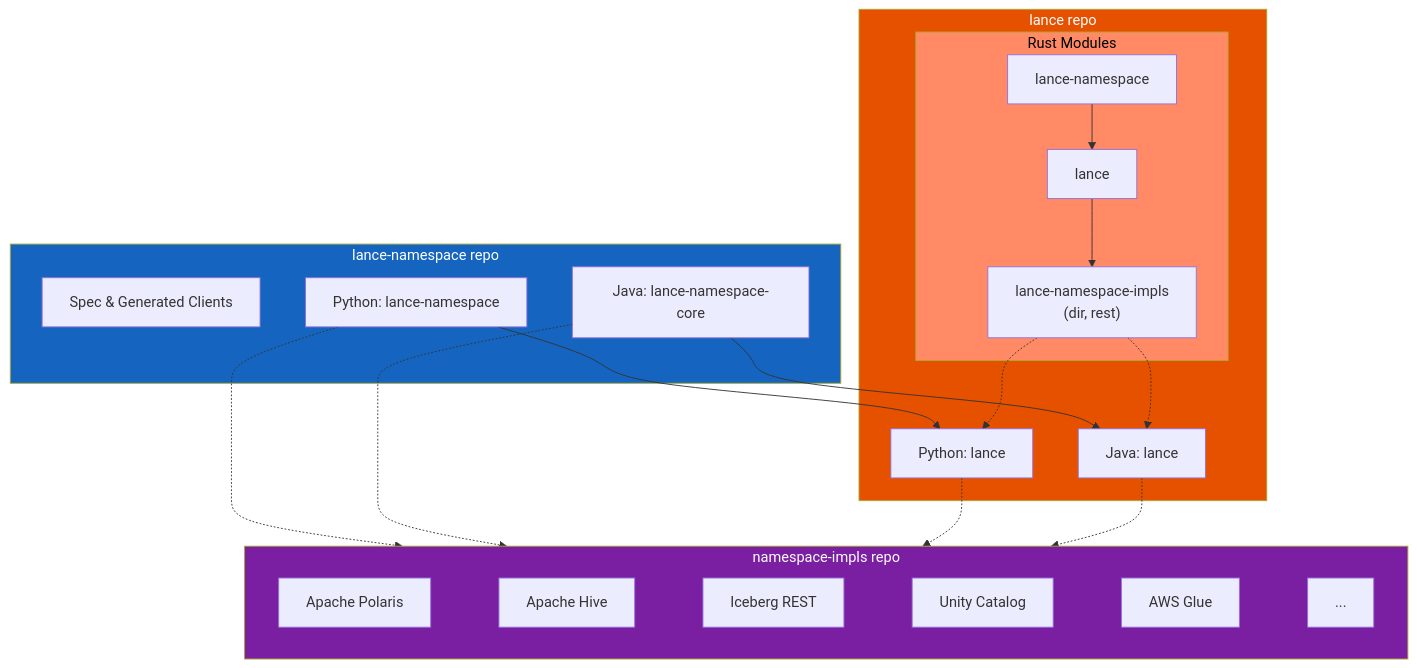
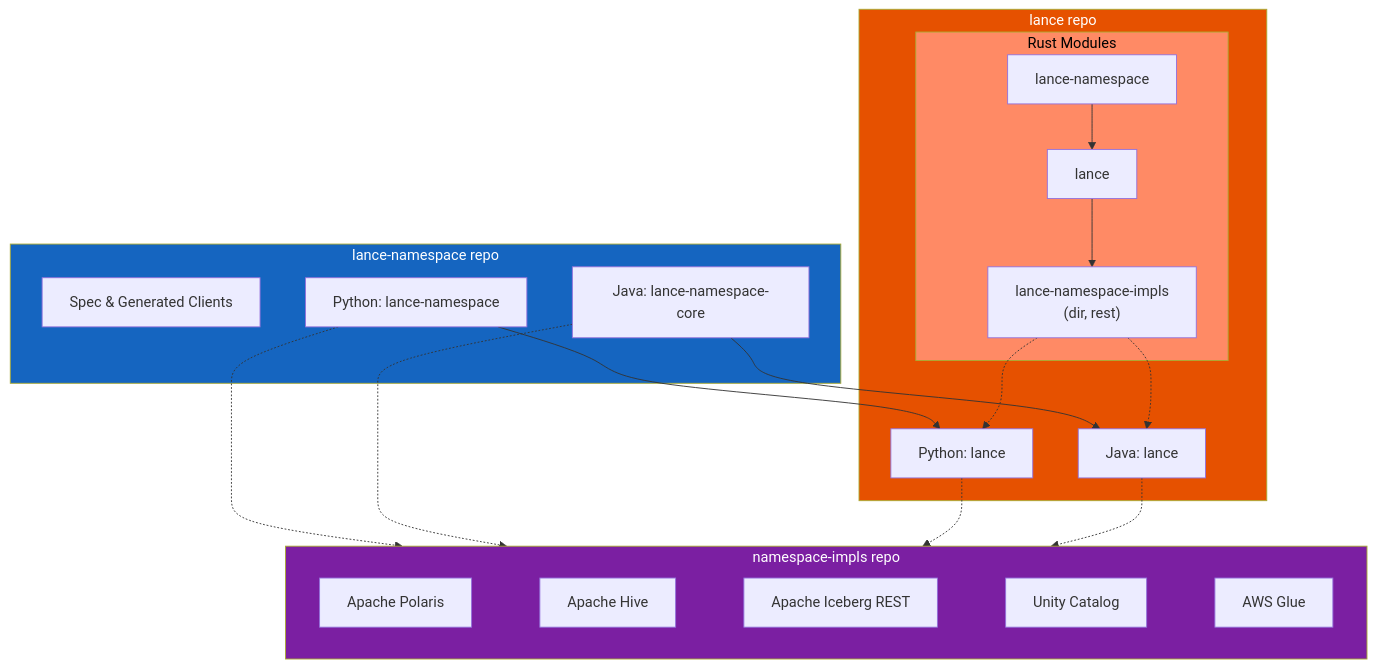
The diagram in CONTRIBUTING.md (lancedb/lance-namespace), drawn with Mermaid before and after one commit.

````diff
--- a/CONTRIBUTING.md
+++ b/CONTRIBUTING.md
@@ -52,43 +52,43 @@
 ```mermaid
 flowchart TB
     subgraph this_repo["lance-namespace repo"]
         spec["Spec & Generated Clients"]
         py_core["Python: lance-namespace"]
         java_core["Java: lance-namespace-core"]
     end
 
     subgraph lance_repo["lance repo"]
         subgraph rust_modules["Rust Modules"]
             rs_ns["lance-namespace"]
             rs_lance["lance"]
             rs_impls["lance-namespace-impls<br/>(dir, rest)"]
         end
         py_lance["Python: lance"]
         java_lance["Java: lance"]
     end
 
     subgraph impls_repo["namespace-impls repo"]
-        polaris["Apache Polaris"] ~~~ hive["Apache Hive"] ~~~ iceberg_rest["Iceberg REST"] ~~~ unity["Unity Catalog"] ~~~ glue["AWS Glue"] ~~~ more["..."]
+        polaris["Apache Polaris"] ~~~ hive["Apache Hive"] ~~~ iceberg_rest["Apache Iceberg REST"] ~~~ unity["Unity Catalog"] ~~~ glue["AWS Glue"]
     end
 
     %% Rust dependencies (source build)
     rs_ns --> rs_lance
     rs_lance --> rs_impls
 
     %% Python/Java dependencies
     py_core --> py_lance
     java_core --> java_lance
     rs_impls -.-> py_lance
     rs_impls -.-> java_lance
 
     %% Other implementations depend on core interfaces and lance bindings
     py_core -.-> impls_repo
     java_core -.-> impls_repo
     py_lance -.-> impls_repo
     java_lance -.-> impls_repo
 
     style this_repo fill:#1565c0,color:#fff
     style lance_repo fill:#e65100,color:#fff
     style impls_repo fill:#7b1fa2,color:#fff
     style rust_modules fill:#ff8a65,color:#000
 ```
````
